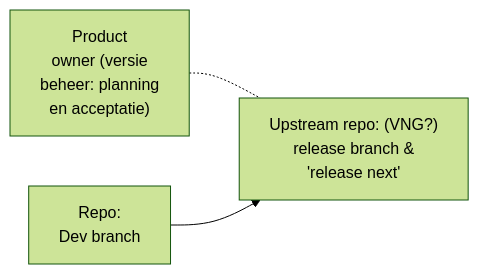
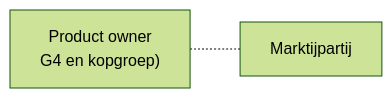
The first of 3 diagrams in docs/inkoop-richtlijnen-OpenZaak.md (open-zaak/samenwerken), drawn with Mermaid (forest theme) before and after one commit. The commit also changed other lines of this file, not shown here.

Commit message:
updates ecosystem diagrams

````diff
--- a/docs/inkoop-richtlijnen-OpenZaak.md
+++ b/docs/inkoop-richtlijnen-OpenZaak.md
@@ -25,11 +25,9 @@
 ```mermaid
 graph LR
     %% Nodes
-    Dev1["Repo:<br/>Dev branch"]
-    Upstream["Upstream repo: (VNG?)<br/>release branch &<br/>'release next'"]
-    PO["Product<br/>owner (versie<br/>beheer: planning<br/>en acceptatie)"]
+    Dev1["Marktijpartij"]
+    PO["Product owner<br/>G4 en kopgroep)"]
 
     %% Connections
-    PO -.- Upstream
-    Dev1 --> Upstream
+    PO -.- Dev1 
 ```
````
